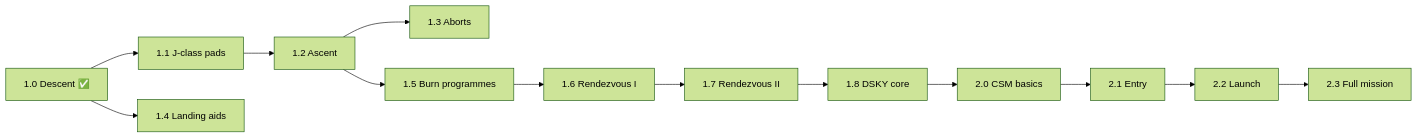
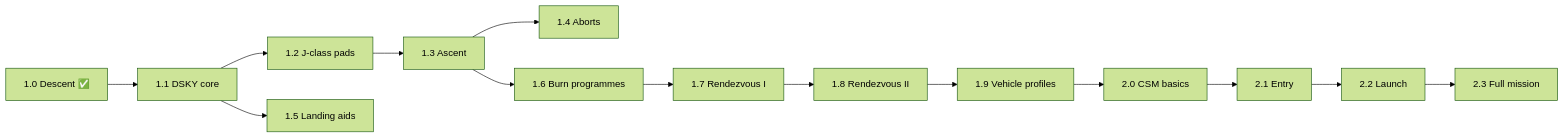
The diagram in ROADMAP.md (EclipticPoyo/apollo-lm-guidance-kos), drawn with Mermaid (forest theme) before and after one commit. The commit also changed other lines of this file, not shown here.

Commit message:
Roadmap: DSKY core is 1.1, later releases renumbered

````diff
--- a/ROADMAP.md
+++ b/ROADMAP.md
@@ -34,15 +35,16 @@
 ```mermaid
 flowchart LR
-    v10["1.0 Descent ✅"] --> v11["1.1 J-class pads"]
-    v11 --> v12["1.2 Ascent"]
-    v12 --> v13["1.3 Aborts"]
-    v12 --> v15["1.5 Burn programmes"]
-    v15 --> v16["1.6 Rendezvous I"]
-    v16 --> v17["1.7 Rendezvous II"]
-    v10 --> v14["1.4 Landing aids"]
-    v17 --> v18["1.8 DSKY core"]
-    v18 --> v20["2.0 CSM basics"]
+    v10["1.0 Descent ✅"] --> v11["1.1 DSKY core"]
+    v11 --> v12["1.2 J-class pads"]
+    v12 --> v13["1.3 Ascent"]
+    v13 --> v14["1.4 Aborts"]
+    v13 --> v16["1.6 Burn programmes"]
+    v16 --> v17["1.7 Rendezvous I"]
+    v17 --> v18["1.8 Rendezvous II"]
+    v11 --> v15["1.5 Landing aids"]
+    v18 --> v19["1.9 Vehicle profiles"]
+    v19 --> v20["2.0 CSM basics"]
     v20 --> v21["2.1 Entry"]
     v21 --> v22["2.2 Launch"]
     v22 --> v23["2.3 Full mission"]
 ```
````
